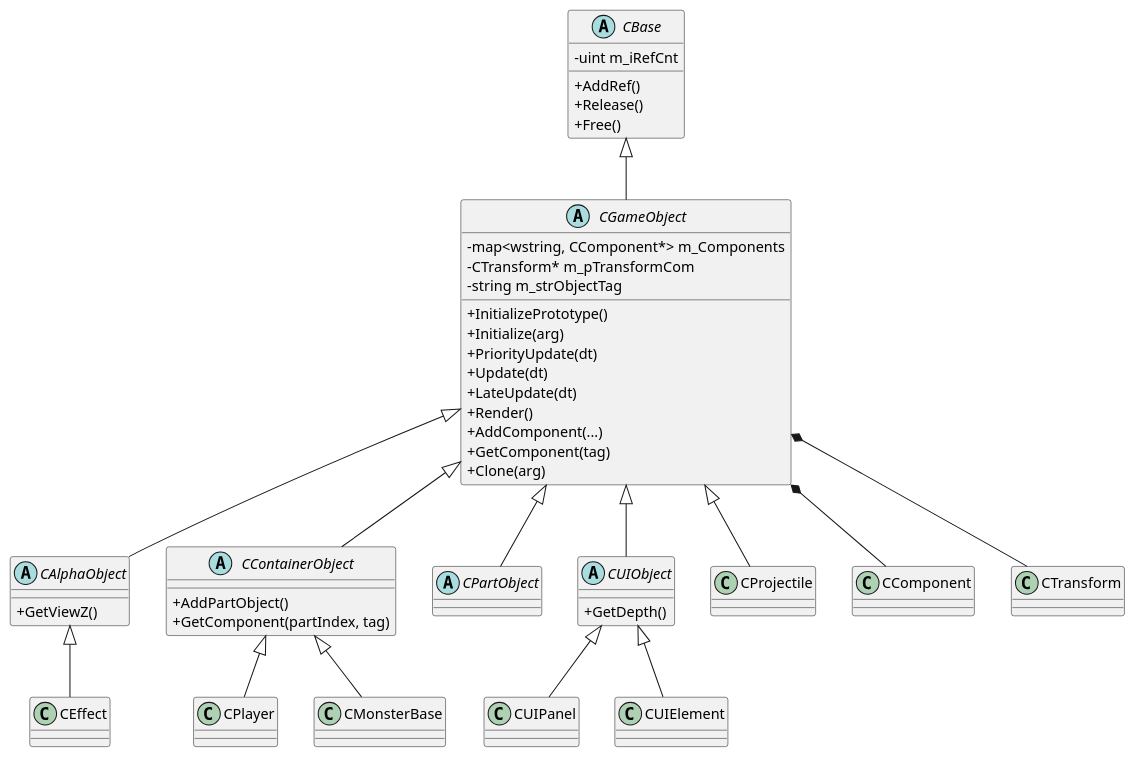
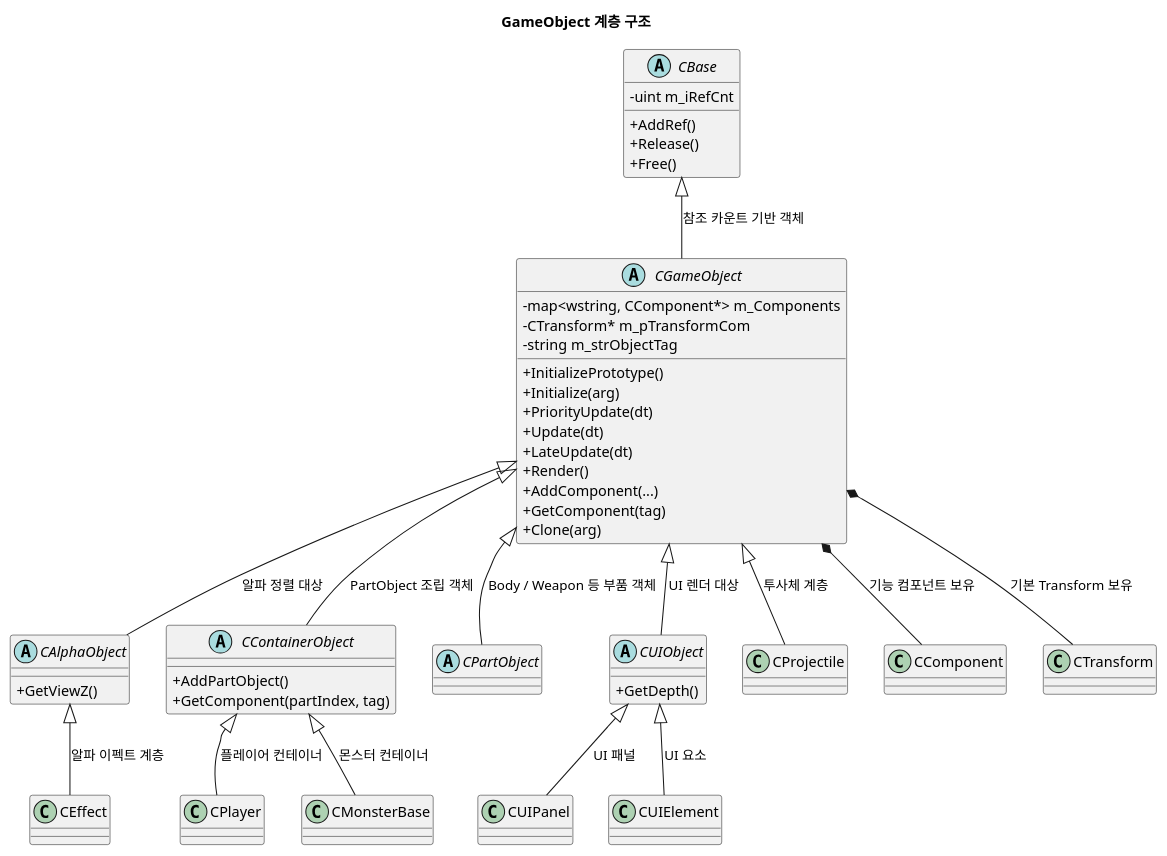
One commit to starkshn/md-docs changed the diagram in projects/common-engine-dll/uml/GameObjectStructure.puml. Above: the diagram before and after it, drawn with PlantUML. The commit also changed 24 other files, not shown here.

Commit message:
docs: localize PlantUML labels to Korean

```diff
--- a/projects/common-engine-dll/uml/GameObjectStructure.puml
+++ b/projects/common-engine-dll/uml/GameObjectStructure.puml
@@ -1,54 +1,57 @@
 @startuml
 skinparam classAttributeIconSize 0
+
+title GameObject 계층 구조
+
 abstract class CBase {
   -uint m_iRefCnt
   +AddRef()
   +Release()
   +Free()
 }
 abstract class CGameObject {
   -map<wstring, CComponent*> m_Components
   -CTransform* m_pTransformCom
   -string m_strObjectTag
   +InitializePrototype()
   +Initialize(arg)
   +PriorityUpdate(dt)
   +Update(dt)
   +LateUpdate(dt)
   +Render()
   +AddComponent(...)
   +GetComponent(tag)
   +Clone(arg)
 }
 abstract class CAlphaObject {
   +GetViewZ()
 }
 abstract class CContainerObject {
   +AddPartObject()
   +GetComponent(partIndex, tag)
 }
 abstract class CPartObject
 abstract class CUIObject {
   +GetDepth()
 }
 class CPlayer
 class CMonsterBase
 class CProjectile
 class CEffect
 class CUIPanel
 class CUIElement
 
-CBase <|-- CGameObject
-CGameObject <|-- CAlphaObject
-CGameObject <|-- CContainerObject
-CGameObject <|-- CPartObject
-CGameObject <|-- CUIObject
-CContainerObject <|-- CPlayer
-CContainerObject <|-- CMonsterBase
-CGameObject <|-- CProjectile
-CAlphaObject <|-- CEffect
-CUIObject <|-- CUIPanel
-CUIObject <|-- CUIElement
-CGameObject *-- CComponent
-CGameObject *-- CTransform
+CBase <|-- CGameObject : 참조 카운트 기반 객체
+CGameObject <|-- CAlphaObject : 알파 정렬 대상
+CGameObject <|-- CContainerObject : PartObject 조립 객체
+CGameObject <|-- CPartObject : Body / Weapon 등 부품 객체
+CGameObject <|-- CUIObject : UI 렌더 대상
+CContainerObject <|-- CPlayer : 플레이어 컨테이너
+CContainerObject <|-- CMonsterBase : 몬스터 컨테이너
+CGameObject <|-- CProjectile : 투사체 계층
+CAlphaObject <|-- CEffect : 알파 이펙트 계층
+CUIObject <|-- CUIPanel : UI 패널
+CUIObject <|-- CUIElement : UI 요소
+CGameObject *-- CComponent : 기능 컴포넌트 보유
+CGameObject *-- CTransform : 기본 Transform 보유
 @enduml
```
